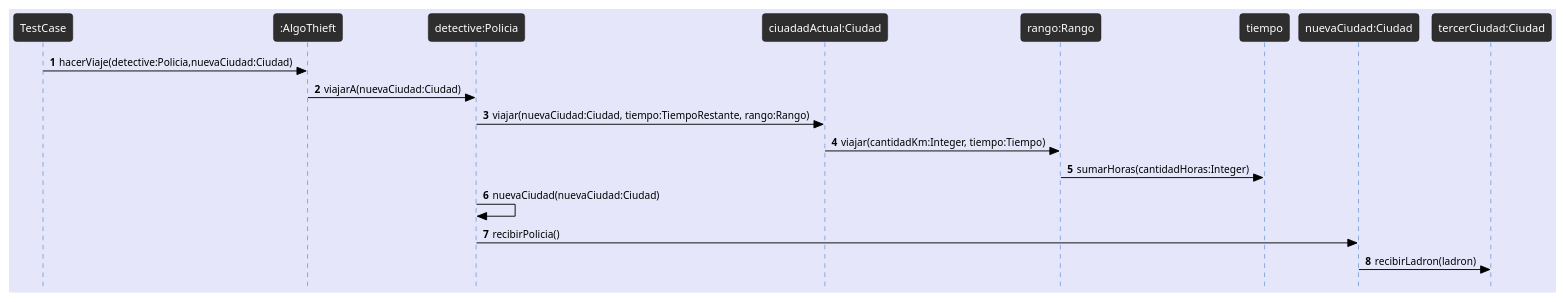
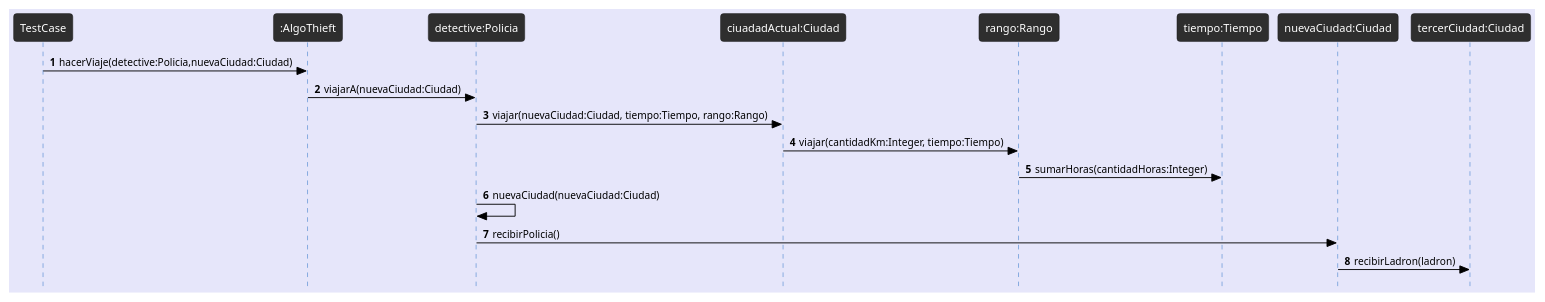
The diagram in docs/Diagramas/Secuencia/caso1-3.plantuml (avilagaston9/algo3_tp2), drawn with PlantUML before and after one commit. The commit also changed 1 other file, not shown here.

```diff
--- a/docs/Diagramas/Secuencia/caso1-3.plantuml
+++ b/docs/Diagramas/Secuencia/caso1-3.plantuml
@@ -1,26 +1,26 @@
 @startuml Detective viaja de Montreal a Mexico
 !theme reddress-darkblue
 autonumber
 skinparam style strictuml
 skinparam BackGroundColor lavender
 skinparam RoundCorner 7
 skinparam SequenceGroupFontColor black
 skinparam SequenceGroupBorderColor black
 skinparam SequenceGroupBorderThickness 0.5
 skinparam ArrowFontColor black
 skinparam ArrowColor black
 skinparam ActorFontColor black
 skinparam participantFontSize 12
 skinparam SequenceLifeLineBackGroundColor 2e2e2e
 
 TestCase -> ":AlgoThieft" as juego: hacerViaje(detective:Policia,nuevaCiudad:Ciudad)
 juego -> "detective:Policia" as detective: viajarA(nuevaCiudad:Ciudad)
-detective -> "ciuadadActual:Ciudad" as ciudadActual: viajar(nuevaCiudad:Ciudad, tiempo:TiempoRestante, rango:Rango)
+detective -> "ciuadadActual:Ciudad" as ciudadActual: viajar(nuevaCiudad:Ciudad, tiempo:Tiempo, rango:Rango)
 ciudadActual -> "rango:Rango" as rango: viajar(cantidadKm:Integer, tiempo:Tiempo)
-rango -> tiempo : sumarHoras(cantidadHoras:Integer)
+rango -> "tiempo:Tiempo" : sumarHoras(cantidadHoras:Integer)
 detective -> detective: nuevaCiudad(nuevaCiudad:Ciudad)
 
 detective -> "nuevaCiudad:Ciudad" as nuevaCiudad: recibirPolicia()
 nuevaCiudad -> "tercerCiudad:Ciudad" : recibirLadron(ladron)
 
 @enduml
```
